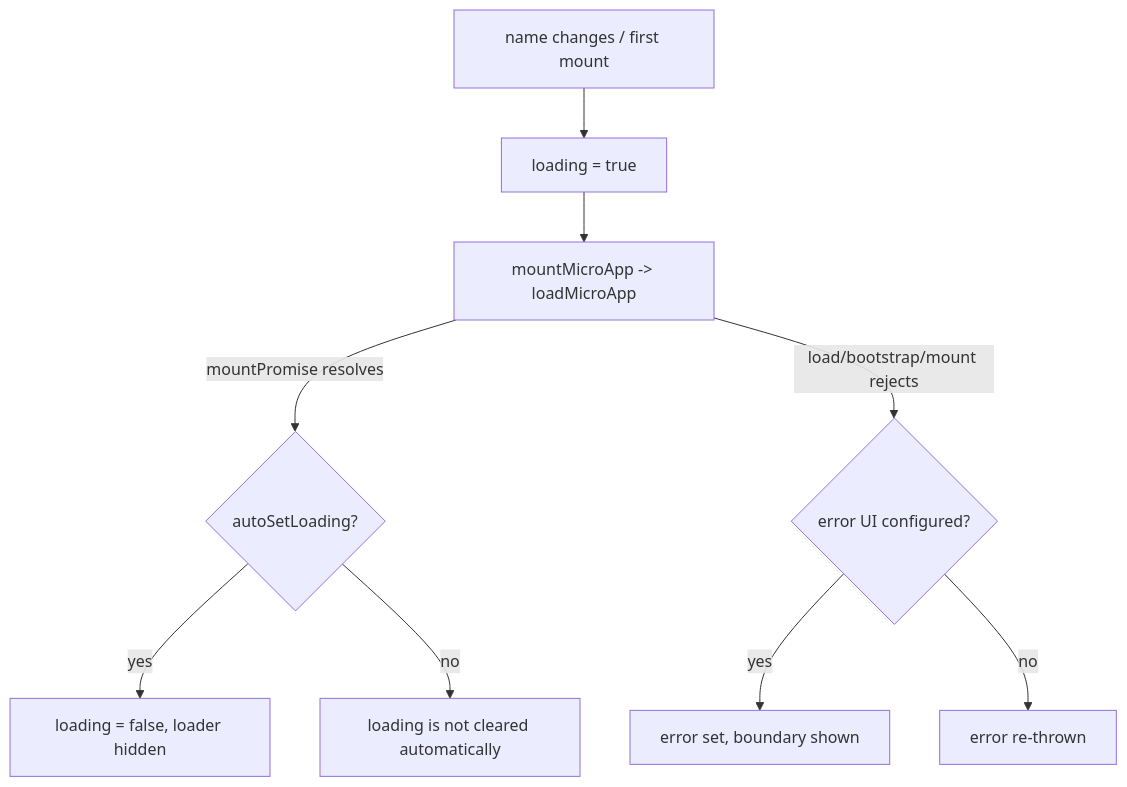
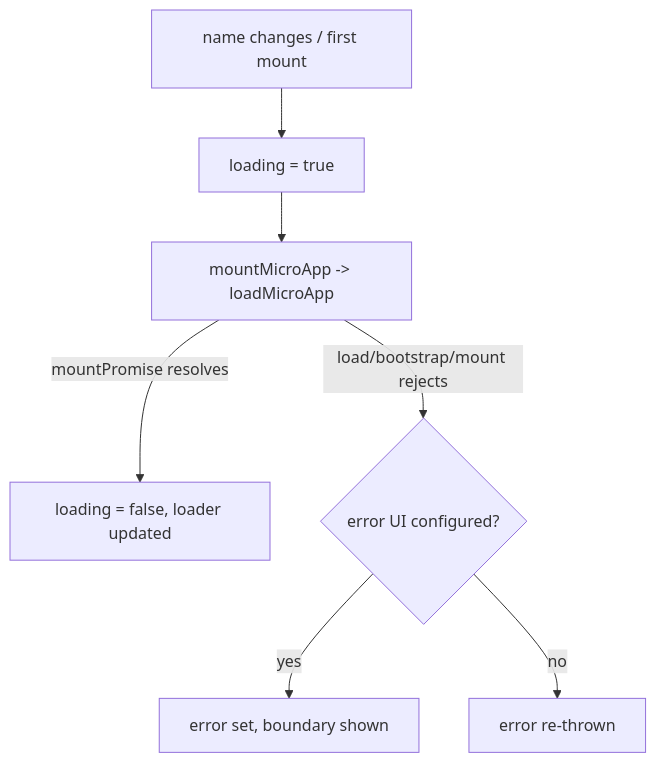
Before and after one commit to umijs/qiankun: the diagram in docs/ecosystem/vue.md, drawn with Mermaid. The commit also changed other lines of this file and 80 other files, not shown here.

````diff
--- a/docs/ecosystem/vue.md
+++ b/docs/ecosystem/vue.md
@@ -147,11 +147,9 @@
 ```mermaid
 flowchart TD
   A[name changes / first mount] --> B[loading = true]
   B --> C[mountMicroApp -> loadMicroApp]
-  C -->|mountPromise resolves| D{autoSetLoading?}
-  D -->|yes| E[loading = false, loader hidden]
-  D -->|no| F[loading is not cleared automatically]
+  C -->|mountPromise resolves| E[loading = false, loader updated]
   C -->|load/bootstrap/mount rejects| G{error UI configured?}
   G -->|yes| H[error set, boundary shown]
   G -->|no| I[error re-thrown]
 ```
````
